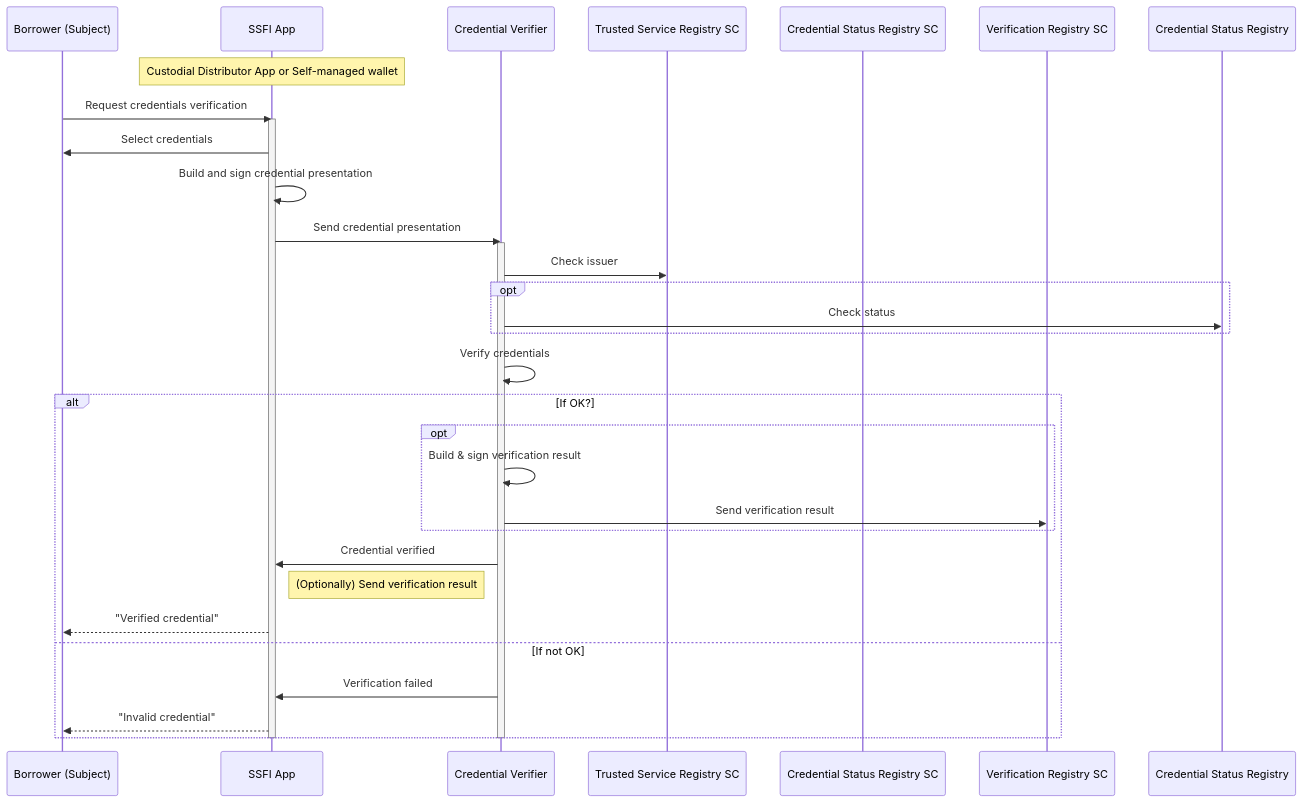
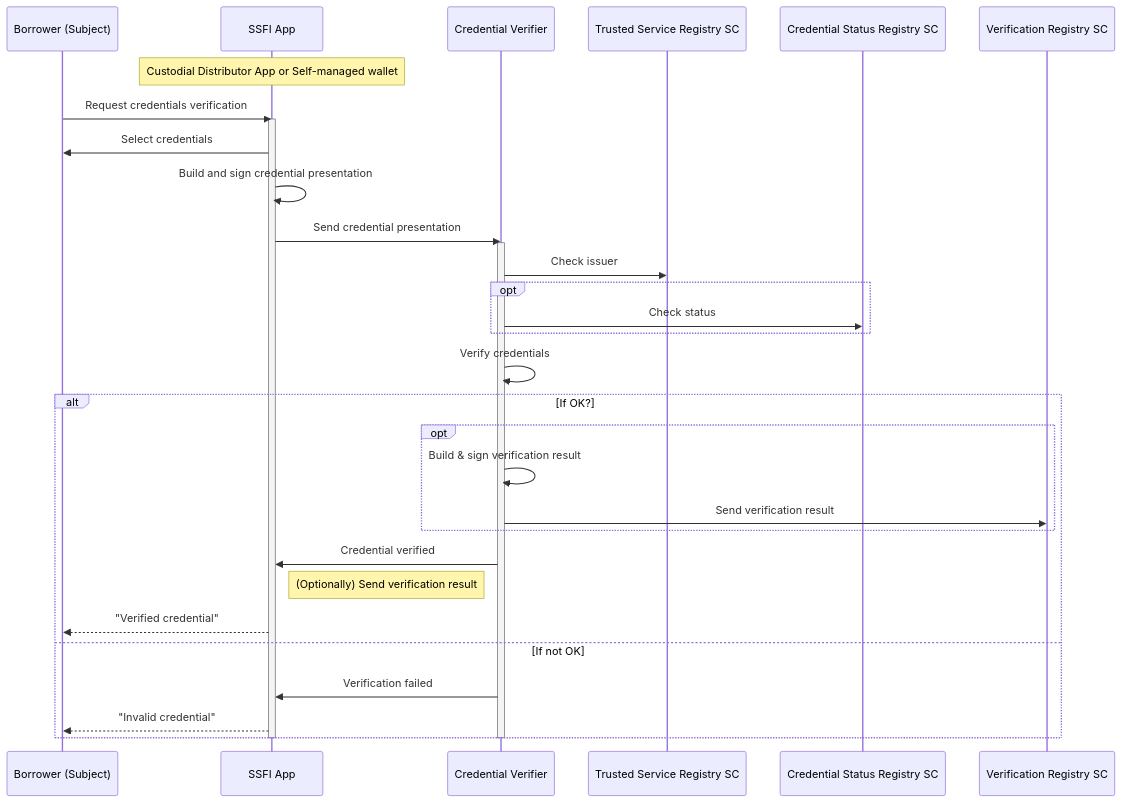
One commit to growr-xyz/growr-documentation changed the diagram in flows/B-Identity-3-Credentials-Verification.md. Above: the diagram before and after it, drawn with Mermaid. The commit also changed 10 other files, not shown here.

````diff
--- a/flows/B-Identity-3-Credentials-Verification.md
+++ b/flows/B-Identity-3-Credentials-Verification.md
@@ -5,35 +5,35 @@
 ```mermaid
 sequenceDiagram
     participant Borrower (Subject)
     participant SSFI App
     participant Credential Verifier
     participant Trusted Service Registry SC
     participant Credential Status Registry SC
     participant Verification Registry SC
     Note over SSFI App: Custodial Distributor App or Self-managed wallet
     Borrower (Subject)->>SSFI App: Request credentials verification
     activate SSFI App
     SSFI App->>Borrower (Subject): Select credentials
     SSFI App->>SSFI App: Build and sign credential presentation
     SSFI App->>Credential Verifier: Send credential presentation
     activate Credential Verifier
     Credential Verifier->>Trusted Service Registry SC: Check issuer
     opt  
-        Credential Verifier->>Credential Status Registry: Check status
+        Credential Verifier->>Credential Status Registry SC: Check status
     end
     Credential Verifier->>Credential Verifier: Verify credentials
     alt If OK?
         opt
             Credential Verifier->>Credential Verifier: Build & sign verification result
             Credential Verifier->>Verification Registry SC: Send verification result
         end
         Credential Verifier->>SSFI App: Credential verified
         Note left of Credential Verifier: (Optionally) Send verification result
         SSFI App-->>Borrower (Subject): "Verified credential"
     else If not OK
         Credential Verifier->>SSFI App: Verification failed
         SSFI App-->>Borrower (Subject): "Invalid credential"
     end
     deactivate Credential Verifier
     deactivate SSFI App
 ```
````
